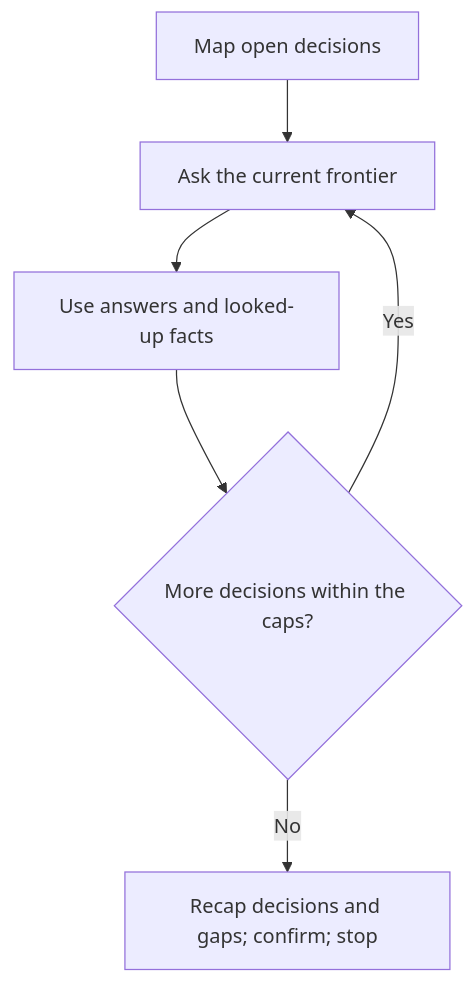
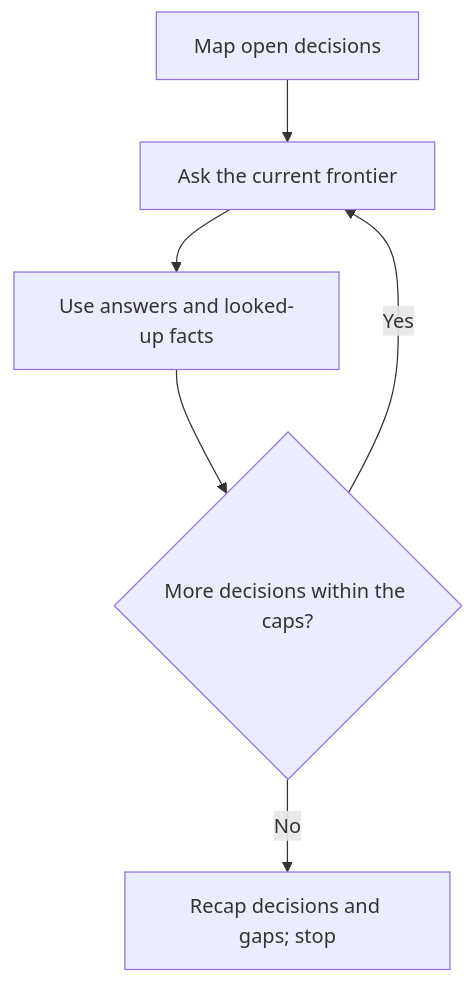
The ninth of 16 diagrams in README.md (LeoMartinDev/skills), drawn with Mermaid before and after one commit. The commit also changed other lines of this file and 16 other files, not shown here.

````diff
--- a/README.md
+++ b/README.md
@@ -184,8 +184,8 @@
 ```mermaid
 flowchart TD
     F["Map open decisions"] --> Q["Ask the current frontier"]
     Q --> A["Use answers and looked-up facts"]
     A --> M{"More decisions within the caps?"}
     M -->|Yes| Q
-    M -->|No| O["Recap decisions and gaps; confirm; stop"]
+    M -->|No| O["Recap decisions and gaps; stop"]
 ```
````
